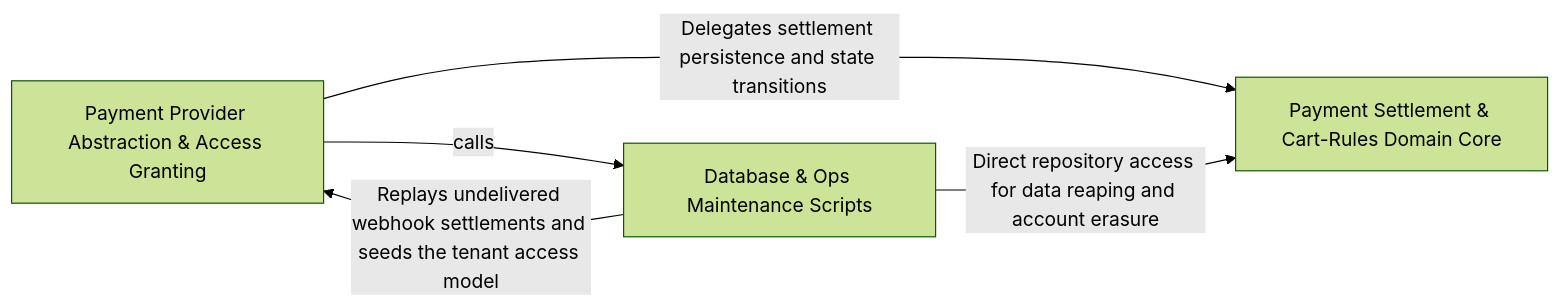
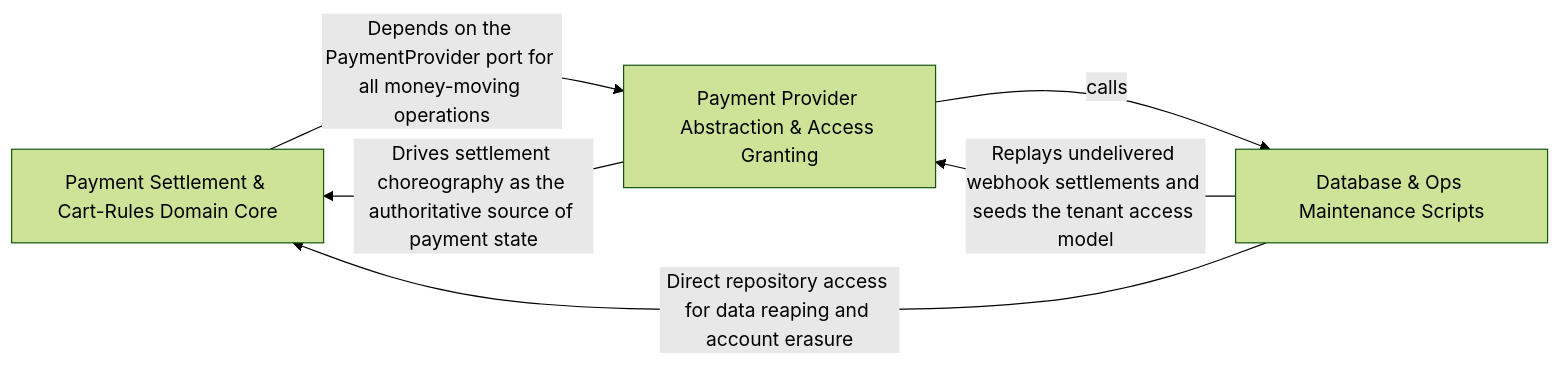
The diagram in .2brain/arch/Database_Ops_Maintenance_Scripts.md (Guebbit/boilerplate-node-backend), drawn with Mermaid (forest theme) before and after one commit. The commit also changed other lines of this file and 627 other files, not shown here.

````diff
--- a/.2brain/arch/Database_Ops_Maintenance_Scripts.md
+++ b/.2brain/arch/Database_Ops_Maintenance_Scripts.md
@@ -10,10 +10,11 @@
 ```mermaid
 graph LR
     Payment_Settlement_Cart_Rules_Domain_Core["Payment Settlement & Cart-Rules Domain Core"]
     Payment_Provider_Abstraction_Access_Granting["Payment Provider Abstraction & Access Granting"]
     Database_Ops_Maintenance_Scripts["Database & Ops Maintenance Scripts"]
-    Payment_Provider_Abstraction_Access_Granting -- "Delegates settlement persistence and state transitions" --> Payment_Settlement_Cart_Rules_Domain_Core
+    Payment_Settlement_Cart_Rules_Domain_Core -- "Depends on the PaymentProvider port for all money-moving operations" --> Payment_Provider_Abstraction_Access_Granting
+    Payment_Provider_Abstraction_Access_Granting -- "Drives settlement choreography as the authoritative source of payment state" --> Payment_Settlement_Cart_Rules_Domain_Core
     Payment_Provider_Abstraction_Access_Granting -- "calls" --> Database_Ops_Maintenance_Scripts
     Database_Ops_Maintenance_Scripts -- "Direct repository access for data reaping and account erasure" --> Payment_Settlement_Cart_Rules_Domain_Core
     Database_Ops_Maintenance_Scripts -- "Replays undelivered webhook settlements and seeds the tenant access model" --> Payment_Provider_Abstraction_Access_Granting
 ```
````
